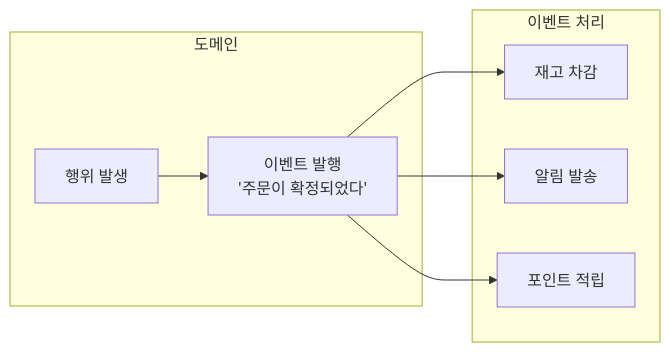
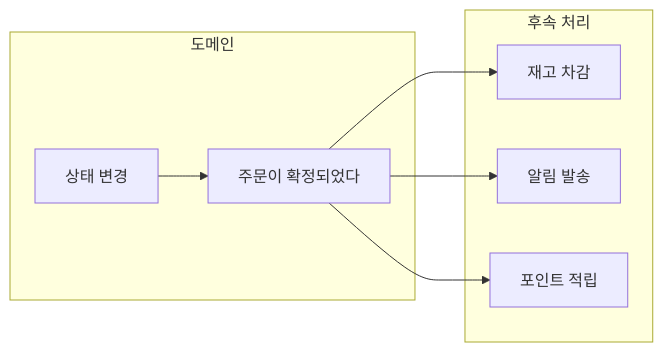
Before and after one commit to advanced-beginner/advanced-beginner.github.io: the diagram in content/ko/docs/ddd/concepts/domain-events.md, drawn with Mermaid. The commit also changed other lines of this file, not shown here.

````diff
--- a/content/ko/docs/ddd/concepts/domain-events.md
+++ b/content/ko/docs/ddd/concepts/domain-events.md
@@ -15,18 +89,18 @@
 ```mermaid
 flowchart LR
-    subgraph Domain["도메인"]
-        ACT[행위 발생]
-        EVT["이벤트 발행<br>'주문이 확정되었다'"]
+    subgraph Domain[도메인]
+        ACT[상태 변경]
+        EVT["주문이 확정되었다"]
     end
 
-    subgraph Handlers["이벤트 처리"]
+    subgraph Consumers[후속 처리]
         H1[재고 차감]
         H2[알림 발송]
         H3[포인트 적립]
     end
 
     ACT --> EVT
     EVT --> H1
     EVT --> H2
     EVT --> H3
 ```
````
